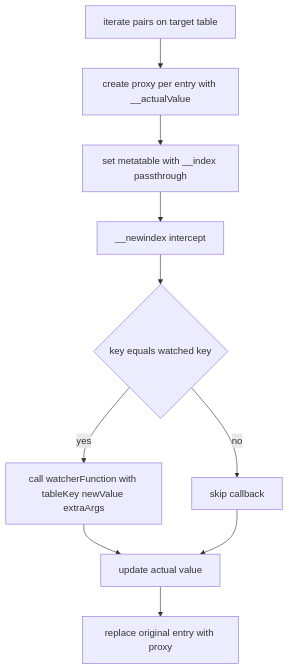
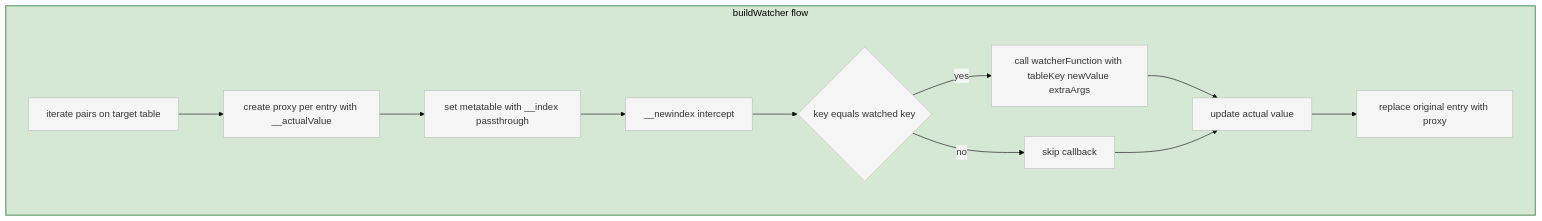
One commit to Gh0st352/AETHR changed the first of 2 diagrams in docs/brain/watchers.md. Above: the diagram before and after it, drawn with Mermaid. The commit also changed other lines of this file and 5 other files, not shown here.

First line of the commit message:
docs(diagrams): convert mermaid identifiers and improve styling

````diff
--- a/docs/brain/watchers.md
+++ b/docs/brain/watchers.md
@@ -11,12 +11,24 @@
 ```mermaid
-flowchart TD
-  W1[iterate pairs on target table] --> W2[create proxy per entry with __actualValue]
-  W2 --> W3[set metatable with __index passthrough]
-  W3 --> W4[__newindex intercept]
-  W4 --> W5{key equals watched key}
-  W5 -->|yes| W6[call watcherFunction with tableKey newValue extraArgs]
-  W5 -->|no| W7[skip callback]
-  W6 --> W8[update actual value]
-  W7 --> W8[update actual value]
-  W8 --> W9[replace original entry with proxy]
+%%{init: {"theme":"base", "themeVariables":{"primaryColor":"#f5f5f5"}}}%%
+flowchart
+  %% buildWatcher: create proxies and intercept writes
+  subgraph BUILD [buildWatcher flow]
+    style BUILD fill:#d5e8d4,stroke:#6b9f73,stroke-width:2px
+    W1[iterate pairs on target table]
+    W2[create proxy per entry with __actualValue]
+    W3[set metatable with __index passthrough]
+    W4[__newindex intercept]
+    W5{key equals watched key}
+    W6[call watcherFunction with tableKey newValue extraArgs]
+    W7[skip callback]
+    W8[update actual value]
+    W9[replace original entry with proxy]
+    W1 --> W2 --> W3 --> W4 --> W5
+    W5 -- "yes" --> W6 --> W8
+    W5 -- "no" --> W7 --> W8
+    W8 --> W9
+  end
+
+  classDef watcher fill:#f5f5f5,stroke:#bfbfbf,stroke-width:1px
+  class W1,W2,W3,W4,W5,W6,W7,W8,W9 watcher
 ```
````
